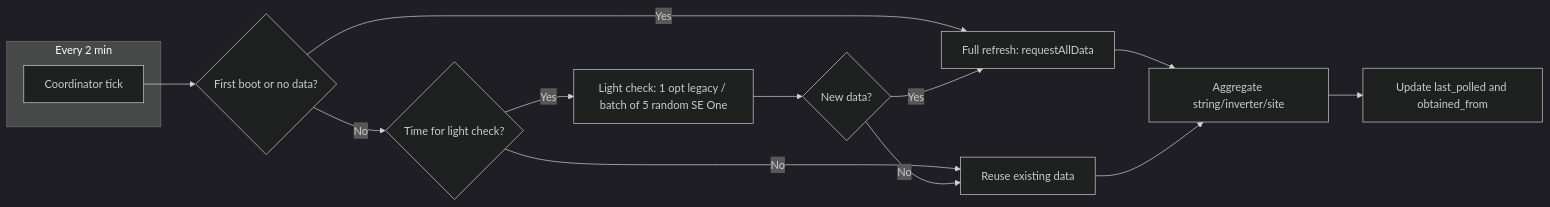
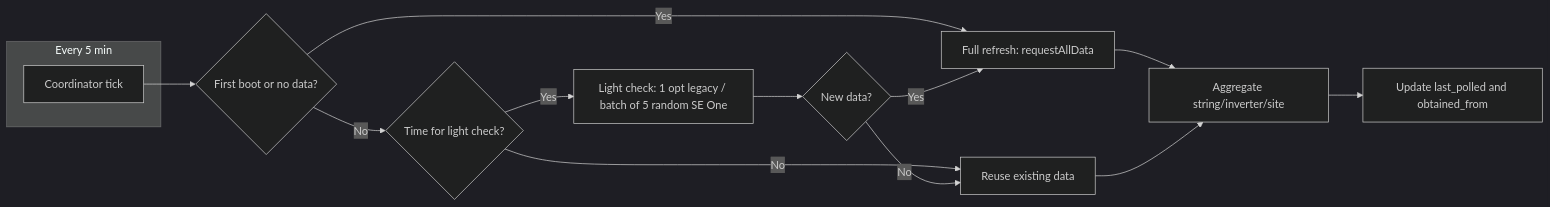
Before and after one commit to AndrewTapp/solaredgeoptimizers: the fourth of 4 diagrams in custom_components/solaredgeoptimizers/docs/Wiki-Home.md, drawn with Mermaid (dark theme). The commit also changed other lines of this file, not shown here.

````diff
--- a/custom_components/solaredgeoptimizers/docs/Wiki-Home.md
+++ b/custom_components/solaredgeoptimizers/docs/Wiki-Home.md
@@ -214,18 +214,18 @@
 ```mermaid
 flowchart LR
-    subgraph Every 2 min
+    subgraph Every 5 min
         TICK[Coordinator tick]
     end
 
     TICK --> FIRST{First boot or no data?}
     FIRST -->|Yes| FULL[Full refresh: requestAllData]
     FIRST -->|No| LIGHT{Time for light check?}
     LIGHT -->|No| REUSE[Reuse existing data]
     LIGHT -->|Yes| ONE[Light check: 1 opt legacy / batch of 5 random SE One]
     ONE --> NEW{New data?}
     NEW -->|Yes| FULL
     NEW -->|No| REUSE
     FULL --> AGG[Aggregate string/inverter/site]
     REUSE --> AGG
     AGG --> LAST[Update last_polled and obtained_from]
 ```
````
